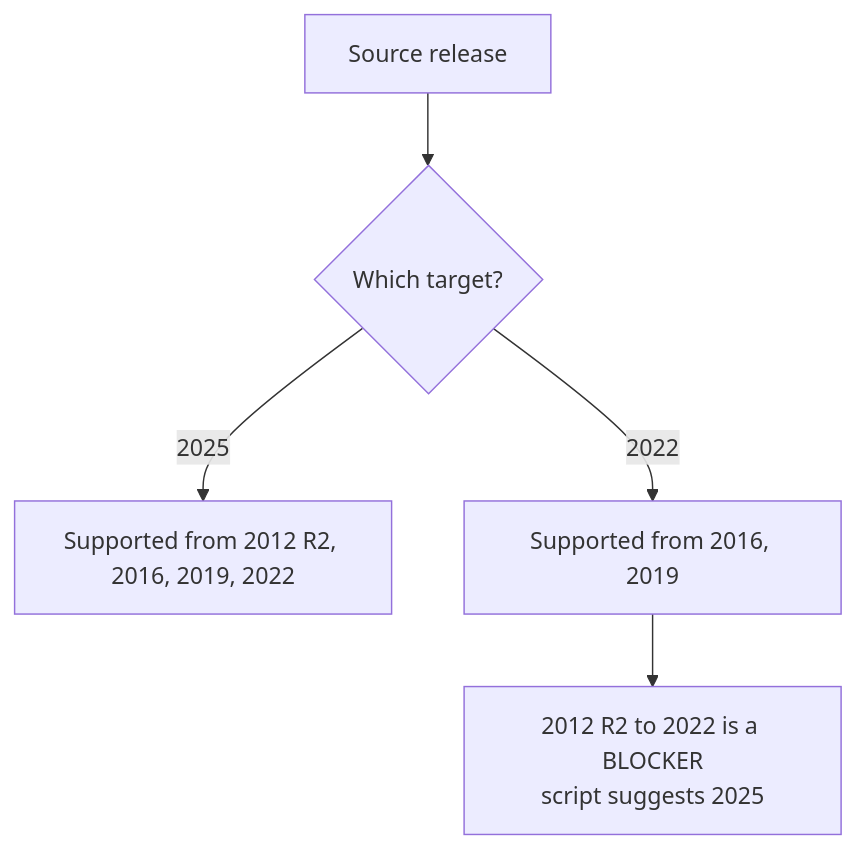
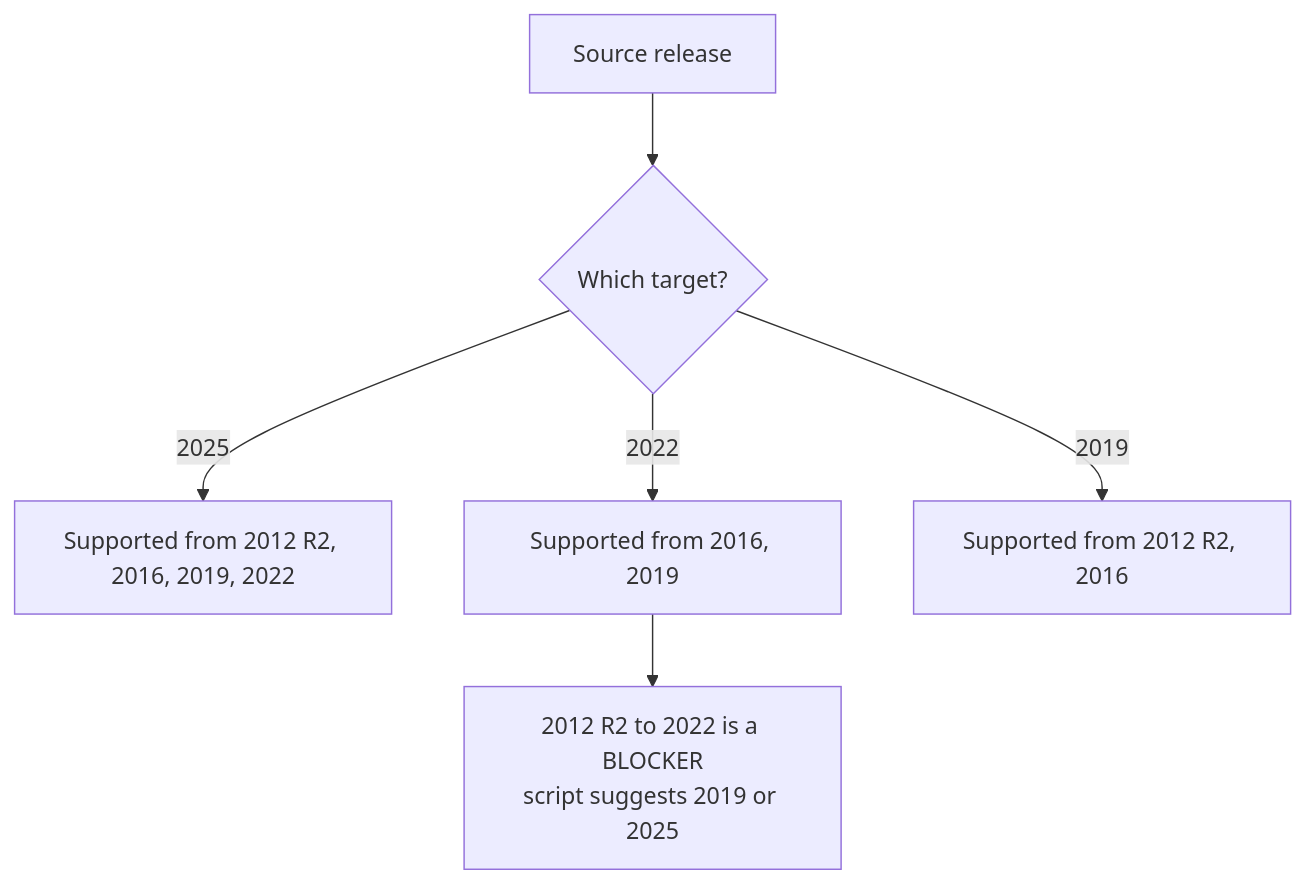
Before and after one commit to JeanKadang/IPU-ReadinessAssessment: the third of 7 diagrams in docs/user-guide.md, drawn with Mermaid. The commit also changed other lines of this file and 14 other files, not shown here.

````diff
--- a/docs/user-guide.md
+++ b/docs/user-guide.md
@@ -108,7 +108,8 @@
 ```mermaid
 flowchart TD
     A[Source release] --> B{Which target?}
     B -->|2025| C[Supported from 2012 R2, 2016, 2019, 2022]
     B -->|2022| D[Supported from 2016, 2019]
-    D --> E[2012 R2 to 2022 is a BLOCKER<br/>script suggests 2025]
+    B -->|2019| F[Supported from 2012 R2, 2016]
+    D --> E[2012 R2 to 2022 is a BLOCKER<br/>script suggests 2019 or 2025]
 ```
````
